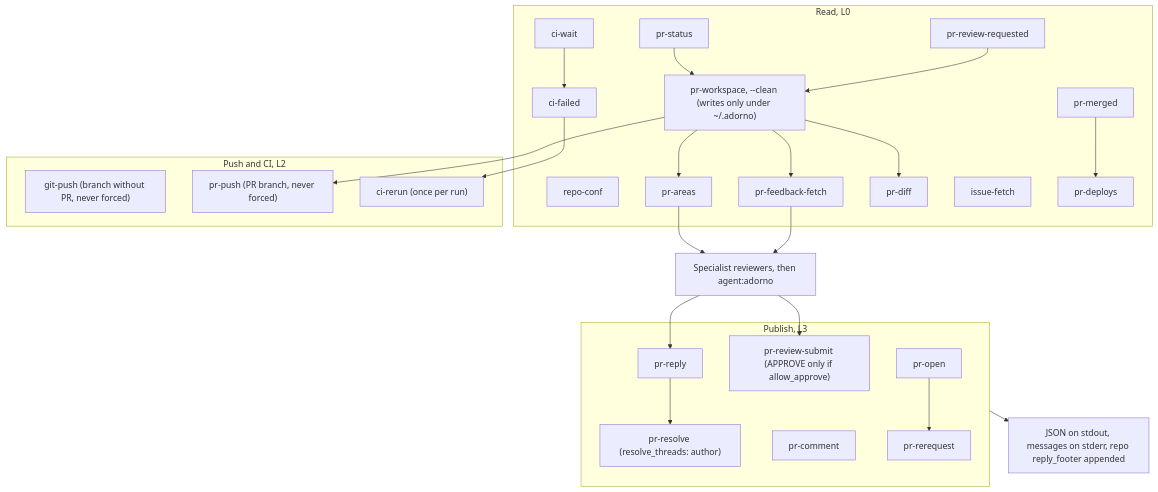
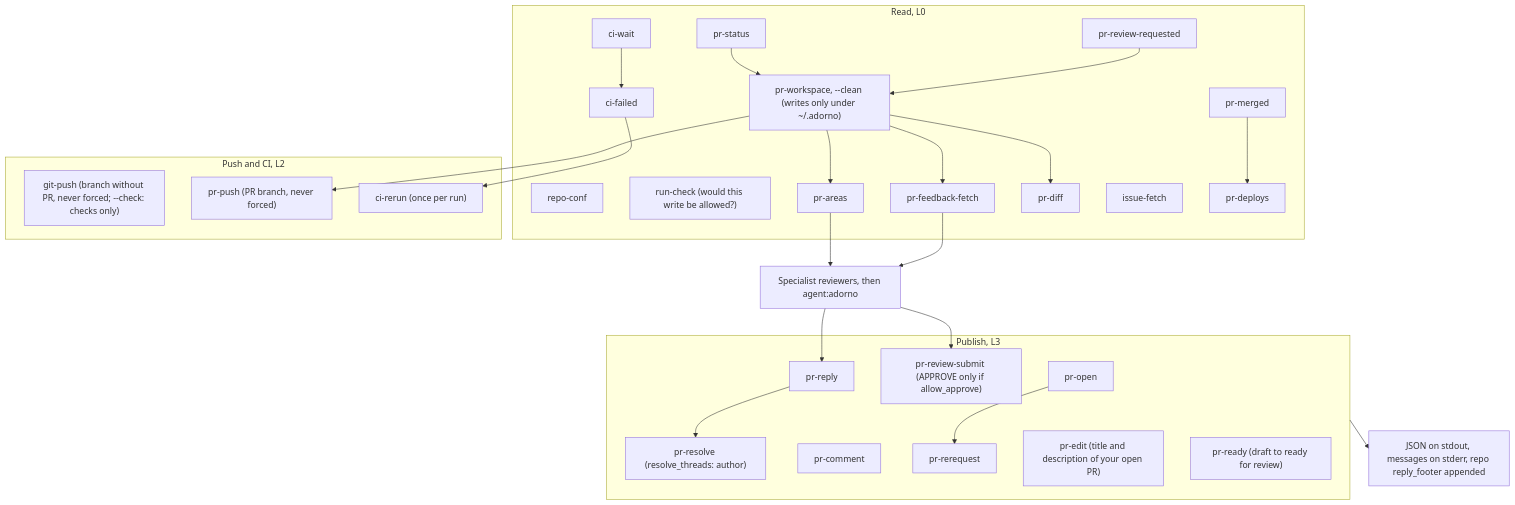
The second of 2 diagrams in src/skills/adorno-github/SCHEMA.md (nicolasmondain/adorno), drawn with Mermaid before and after one commit. The commit also changed other lines of this file and 142 other files, not shown here.

````diff
--- a/src/skills/adorno-github/SCHEMA.md
+++ b/src/skills/adorno-github/SCHEMA.md
@@ -31,46 +32,49 @@
 ```mermaid
 flowchart TD
   subgraph L0["Read, L0"]
     RC["repo-conf"]
+    RCK["run-check (would this write be allowed?)"]
     PS["pr-status"]
     PRR["pr-review-requested"]
     PFF["pr-feedback-fetch"]
     PW["pr-workspace, --clean (writes only under ~/.adorno)"]
     PA["pr-areas"]
     PD["pr-diff"]
     IF["issue-fetch"]
     PM["pr-merged"]
     PDP["pr-deploys"]
     CW["ci-wait"]
     CF["ci-failed"]
   end
   subgraph L2["Push and CI, L2"]
-    GP["git-push (branch without PR, never forced)"]
+    GP["git-push (branch without PR, never forced; --check: checks only)"]
     PP["pr-push (PR branch, never forced)"]
     CR["ci-rerun (once per run)"]
   end
   subgraph L3["Publish, L3"]
     PRP["pr-reply"]
     PRS["pr-resolve (resolve_threads: author)"]
     PC["pr-comment"]
     PRV["pr-review-submit (APPROVE only if allow_approve)"]
     PRQ["pr-rerequest"]
     PO["pr-open"]
+    PE["pr-edit (title and description of your open PR)"]
+    PRD["pr-ready (draft to ready for review)"]
   end
   PS --> PW
   PRR --> PW
   PW --> PA
   PW --> PD
   PW --> PFF
   PA --> RV["Specialist reviewers, then agent:adorno"]
   PFF --> RV
   RV --> PRP
   RV --> PRV
   PRP --> PRS
   PW --> PP
   CF --> CR
   CW --> CF
   PO --> PRQ
   PM --> PDP
   L3 --> OUT["JSON on stdout, messages on stderr, repo reply_footer appended"]
 ```
````
